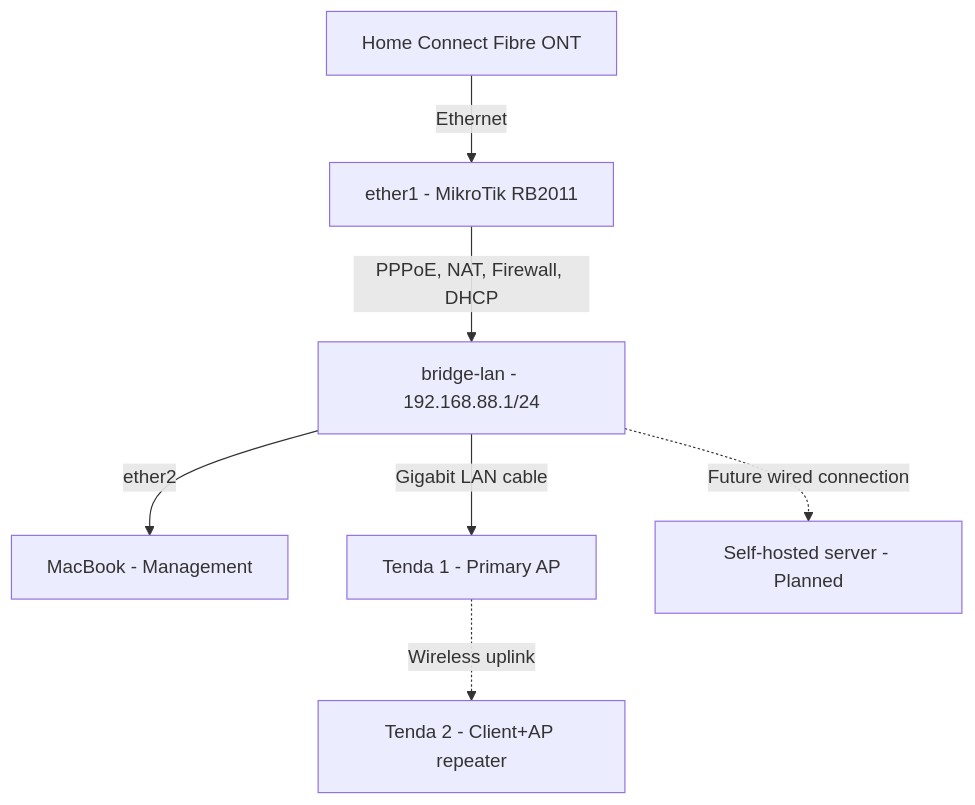
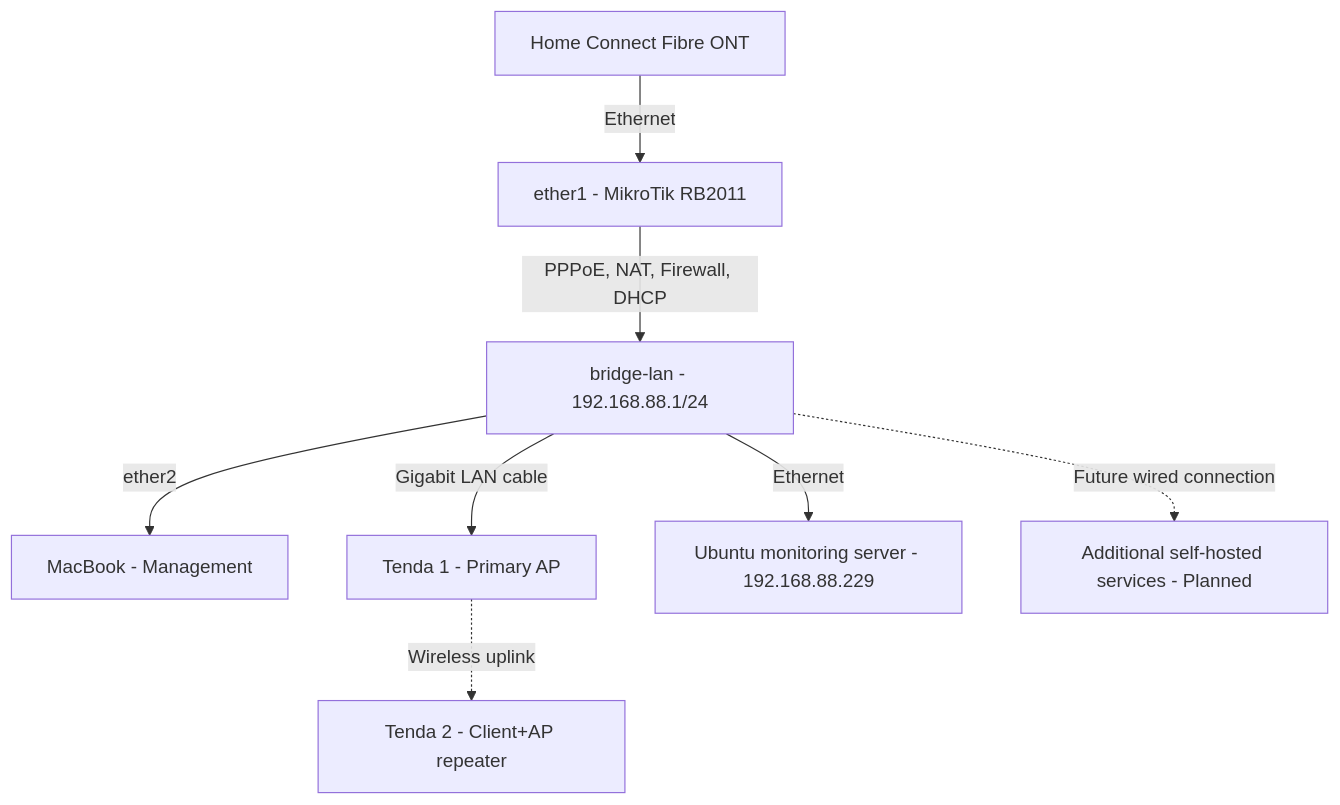
One commit to Mayurin-C/mikrotik-home-network changed the diagram in README.md. Above: the diagram before and after it, drawn with Mermaid. The commit also changed other lines of this file, not shown here.

Commit message:
Document LibreNMS deployment, Tenda monitoring and Ubuntu boot troubleshooting

````diff
--- a/README.md
+++ b/README.md
@@ -40,9 +41,10 @@
 ```mermaid
 flowchart TD
     ISP[Home Connect Fibre ONT] -->|Ethernet| WAN[ether1 - MikroTik RB2011]
     WAN -->|PPPoE, NAT, Firewall, DHCP| LAN[bridge-lan - 192.168.88.1/24]
     LAN -->|ether2| MAC[MacBook - Management]
     LAN -->|Gigabit LAN cable| AP1[Tenda 1 - Primary AP]
     AP1 -. Wireless uplink .-> AP2[Tenda 2 - Client+AP repeater]
-    LAN -. Future wired connection .-> SRV[Self-hosted server - Planned]
+    LAN -->|Ethernet| MON[Ubuntu monitoring server - 192.168.88.229]
+    LAN -. Future wired connection .-> SRV[Additional self-hosted services - Planned]
 ```
````
